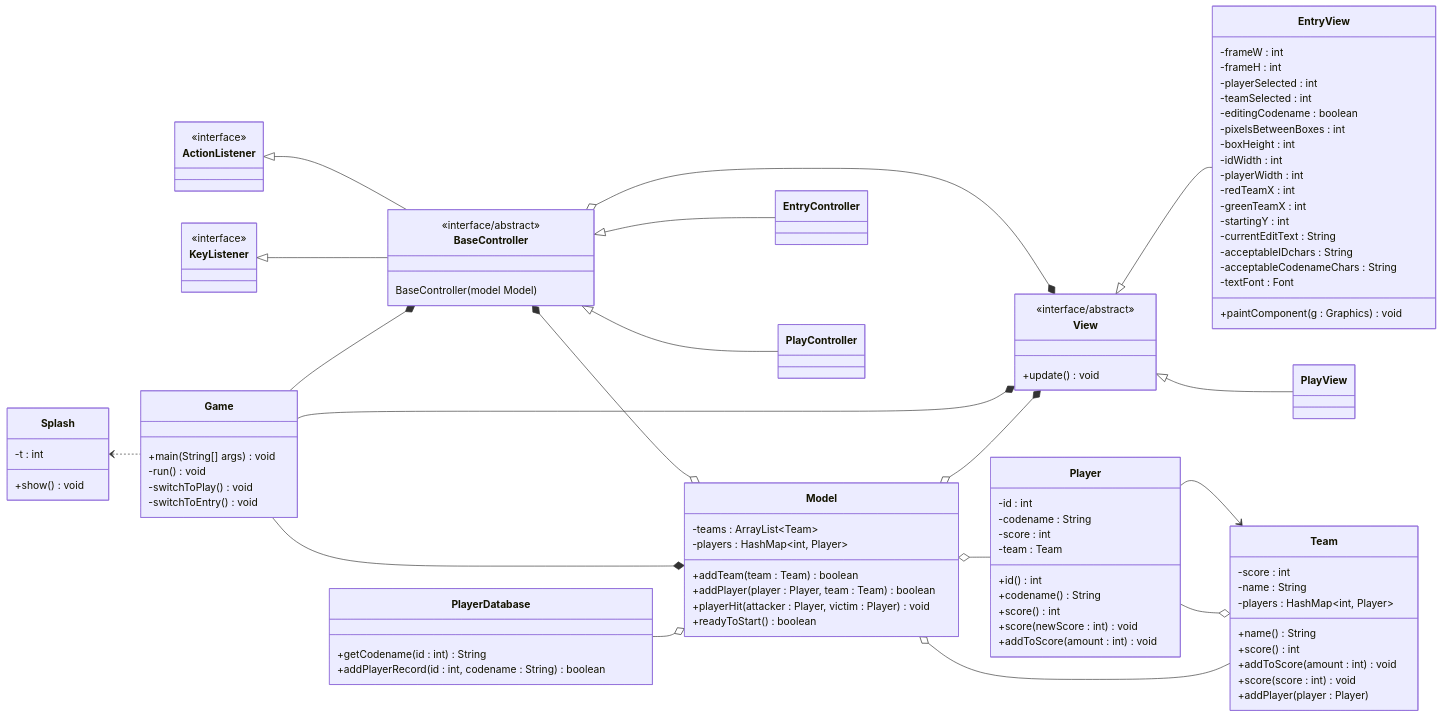
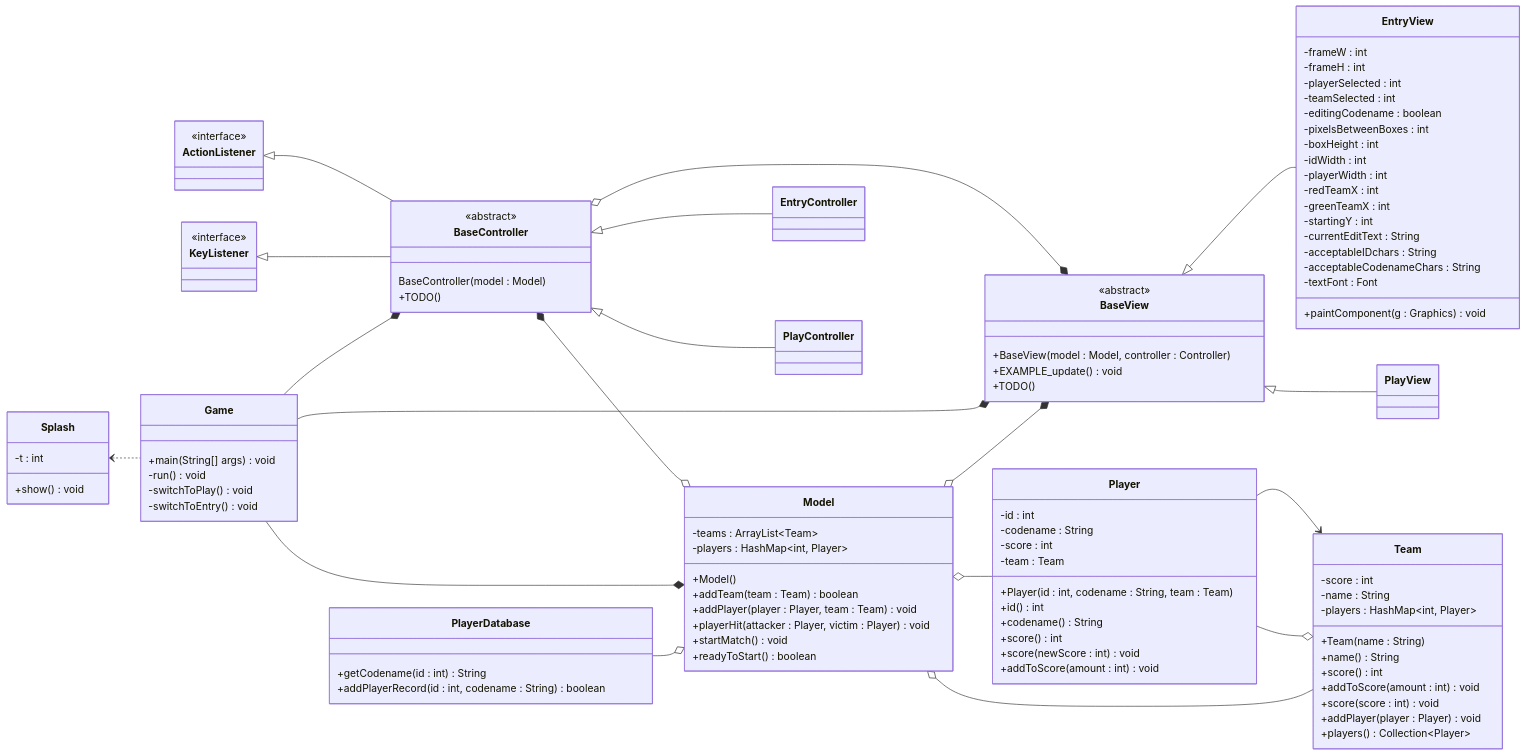
One commit to UArk-CSCE-3513-2022-Fall-Team-01/Photon changed the diagram in doc/class-diagram-proposal.md. Above: the diagram before and after it, drawn with Mermaid.

Commit message:
Update class diagram proposal

````diff
--- a/doc/class-diagram-proposal.md
+++ b/doc/class-diagram-proposal.md
@@ -5,18 +5,18 @@
 ```mermaid
 classDiagram-v2
     direction LR
-    BaseController o--* View
+    BaseController o--* BaseView
     BaseController *--o Model
-    Game --* View
-    Model o--* View
+    Game --* BaseView
+    Model o--* BaseView
     Game --* Model
     PlayerDatabase --o Model
     Model o-- Player
     Team o-- Player
     Team --o Model
     Player --> Team
-    View <|-- EntryView
-    View <|-- PlayView
+    BaseView <|-- EntryView
+    BaseView <|-- PlayView
     Splash <.. Game
     ActionListener <|-- BaseController
     KeyListener <|-- BaseController
@@ -35,6 +35,7 @@
         -codename : String
         -score : int
         -team : Team
+        +Player(id : int, codename : String, team : Team)
         +id() int
         +codename() String
         +score() int
@@ -46,30 +47,37 @@
         -score : int
         -name : String
         -players : HashMap~int, Player~
+        +Team(name : String)
         +name() String
         +score() int
         +addToScore(amount : int) void
         +score(score : int) void
-        +addPlayer(player : Player)
+        +addPlayer(player : Player) void
+        +players() Collection~Player~
     }
 
     class Model {
         -teams : ArrayList~Team~
         -players : HashMap~int, Player~
+        +Model()
         +addTeam(team : Team) boolean
-        +addPlayer(player : Player, team : Team) boolean
+        +addPlayer(player : Player, team : Team) void
         +playerHit(attacker : Player, victim : Player) void
+        +startMatch() void
         +readyToStart() boolean
     }
 
-    class View {
-        <<interface/abstract>>
-        +update() void
+    class BaseView {
+        <<abstract>>
+        +BaseView(model : Model, controller : Controller)
+        +EXAMPLE_update() void
+        +TODO()
     }
 
     class BaseController {
-        <<interface/abstract>>
-        BaseController(model Model)
+        <<abstract>>
+        BaseController(model : Model)
+        +TODO()
     }
 
     class EntryController {
````
